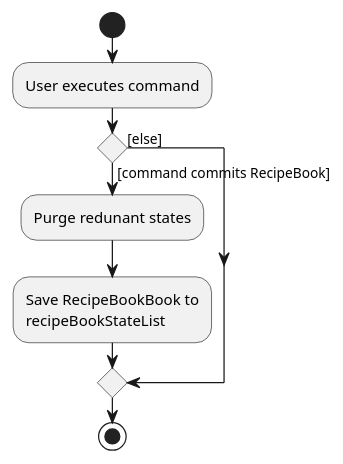
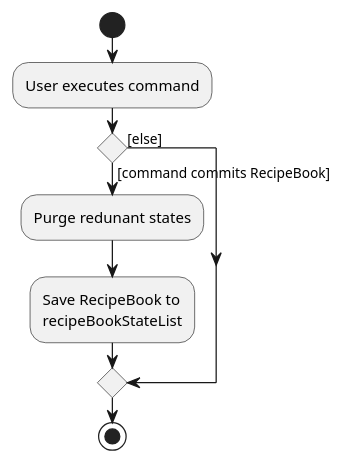
The diagram in docs/diagrams/CommitActivityDiagram.puml (nus-cs2103-AY1920S2/addressbook-level3), drawn with PlantUML before and after one commit. The commit also changed 3 other files, not shown here.

```diff
--- a/docs/diagrams/CommitActivityDiagram.puml
+++ b/docs/diagrams/CommitActivityDiagram.puml
@@ -1,15 +1,15 @@
 @startuml
 start
 :User executes command;
 
 'Since the beta syntax does not support placing the condition outside the
 'diamond we place it as the true branch instead.
 
 if () then ([command commits RecipeBook])
     :Purge redunant states;
-    :Save RecipeBookBook to
+    :Save RecipeBook to
     recipeBookStateList;
 else ([else])
 endif
 stop
 @enduml
```
